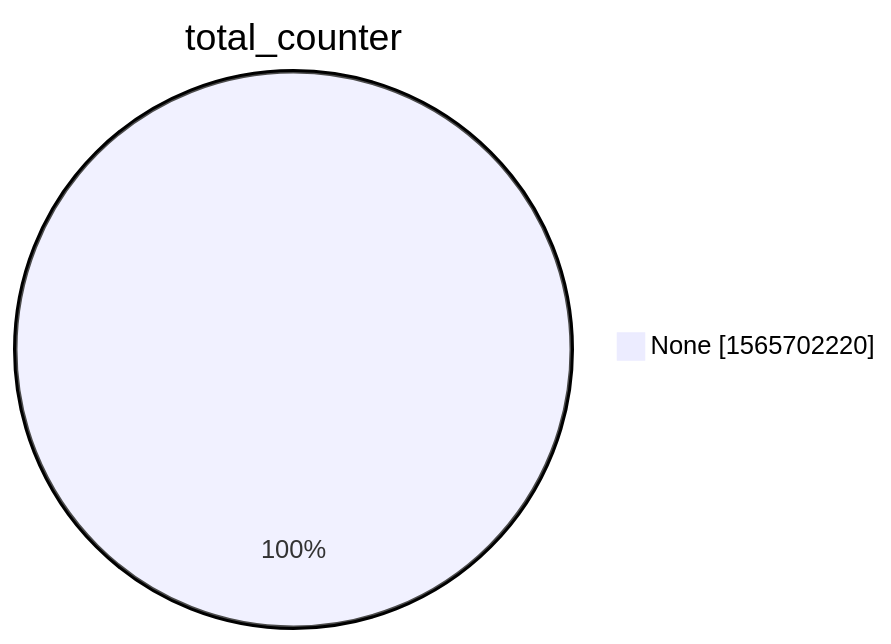
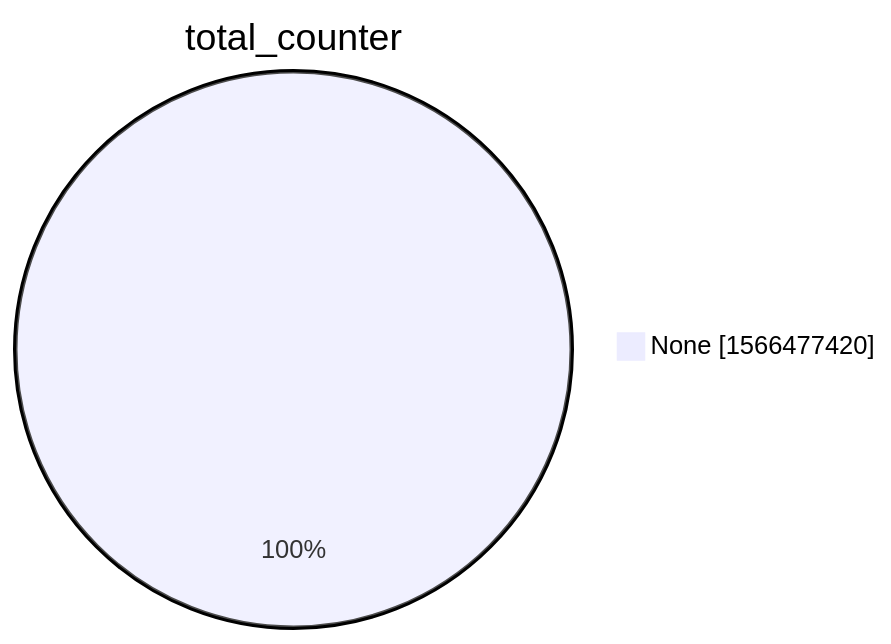
Before and after one commit to christiankrug/ctmonitor_visualization: the second of 15 diagrams in xenon2022/README.md, drawn with Mermaid. The commit also changed other lines of this file, not shown here.

````diff
--- a/xenon2022/README.md
+++ b/xenon2022/README.md
@@ -9,5 +9,5 @@
 ```mermaid
 pie showData
 title total_counter
-"None" :1565702220
+"None" :1566477420
 ```
````
